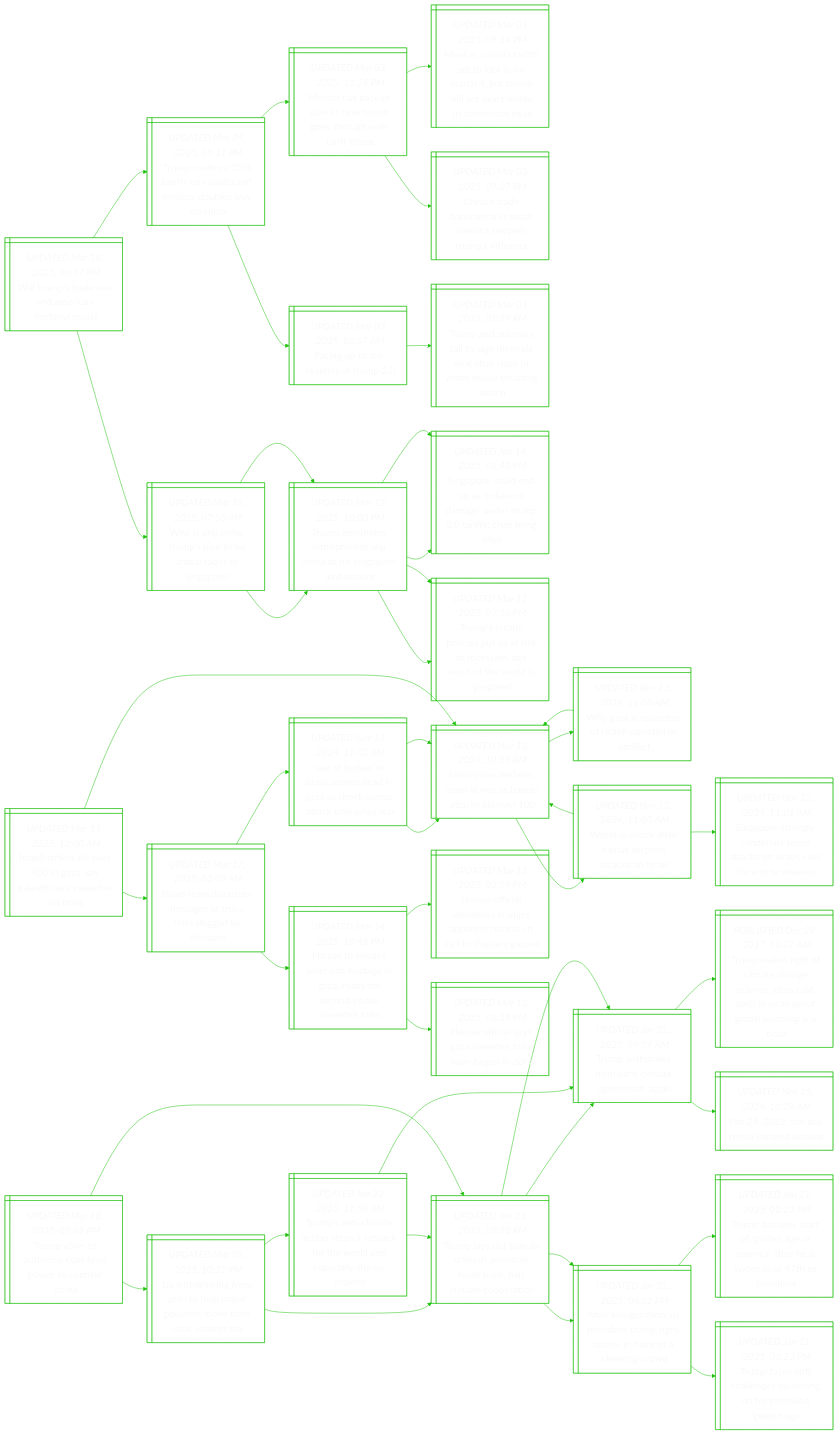
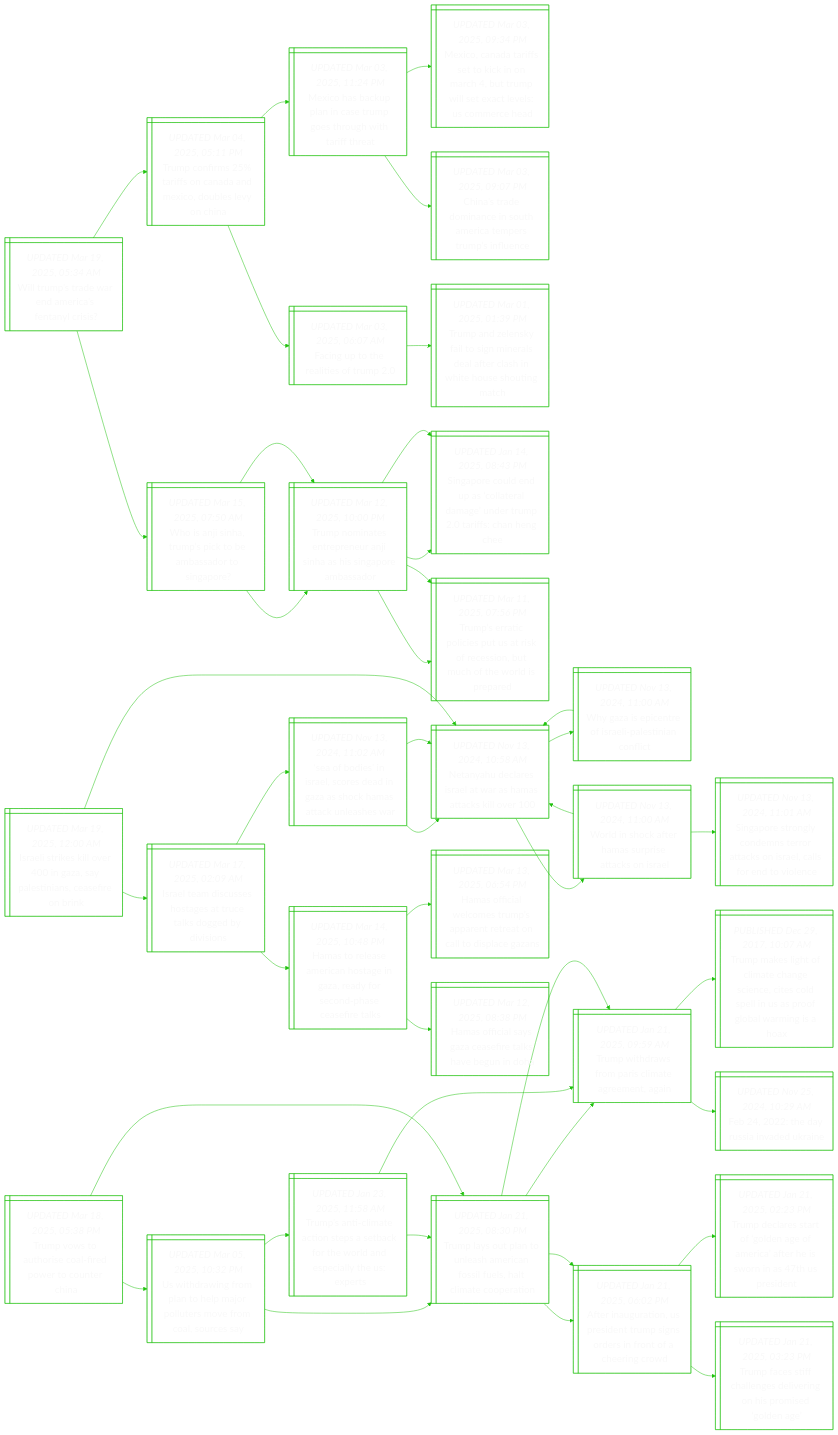
The diagram in README.md (notJmes/notJmes), drawn with Mermaid before and after one commit. The commit also changed other lines of this file, not shown here.

```diff
--- a/README.md
+++ b/README.md
@@ -16,7 +16,7 @@
 flowchart LR
 classDef txtsize font-size:20px;
 
-Wrtwdieys@{ shape: win-pane, label: "_UPDATED Mar 18, 2025, 06:57 PM_
+Wrtwdieys@{ shape: win-pane, label: "_UPDATED Mar 19, 2025, 05:34 AM_
 Will trump’s trade war end america’s fentanyl crisis?" }
 TcrroadcbeC@{ shape: win-pane, label: "_UPDATED Mar 04, 2025, 05:11 PM_
 Trump confirms 25% tariffs on canada and mexico, doubles levy on china" }
```
